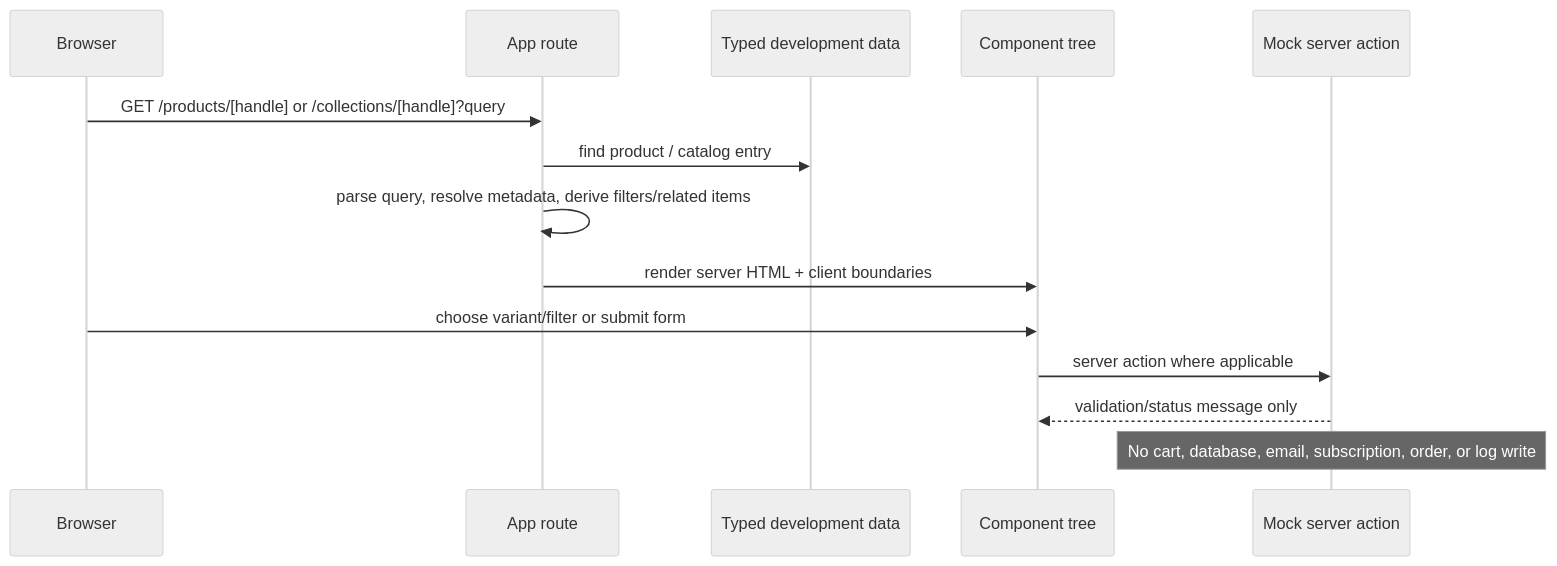
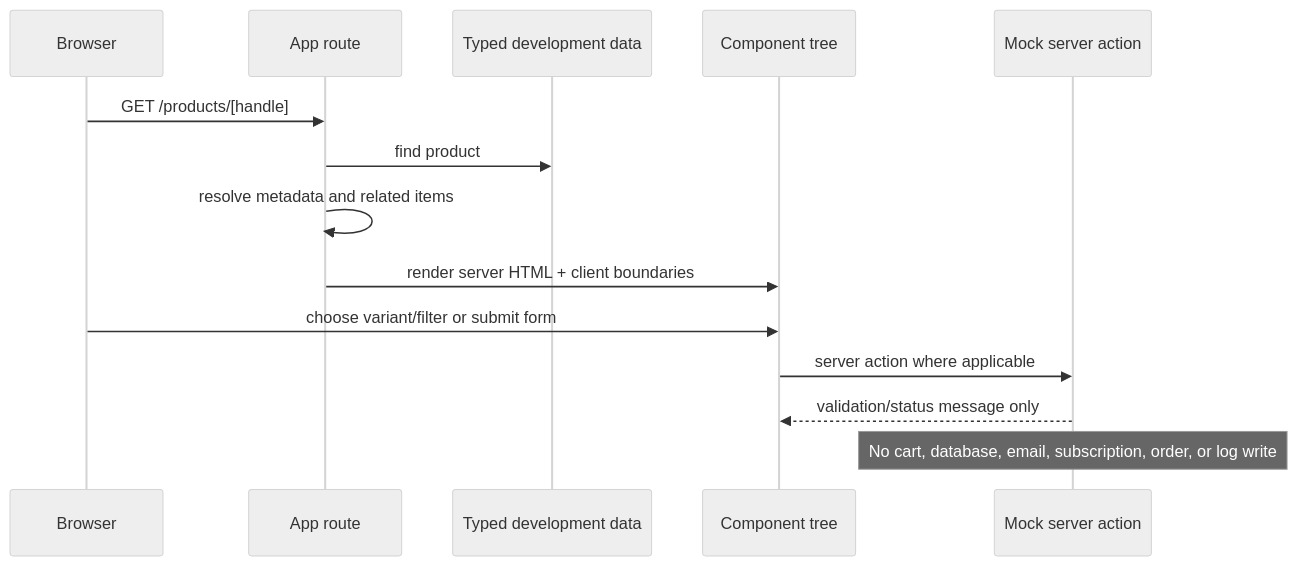
The third of 3 diagrams in PROJECT_CONTEXT.md (basiljoy91/Ra---Ra), drawn with Mermaid (neutral theme) before and after one commit. The commit also changed other lines of this file and 73 other files, not shown here.

````diff
--- a/PROJECT_CONTEXT.md
+++ b/PROJECT_CONTEXT.md
@@ -150,17 +150,17 @@
 ```mermaid
 sequenceDiagram
   participant B as Browser
   participant Page as App route
   participant Data as Typed development data
   participant UI as Component tree
   participant Action as Mock server action
 
-  B->>Page: GET /products/[handle] or /collections/[handle]?query
-  Page->>Data: find product / catalog entry
-  Page->>Page: parse query, resolve metadata, derive filters/related items
+  B->>Page: GET /products/[handle]
+  Page->>Data: find product
+  Page->>Page: resolve metadata and related items
   Page->>UI: render server HTML + client boundaries
   B->>UI: choose variant/filter or submit form
   UI->>Action: server action where applicable
   Action-->>UI: validation/status message only
   Note over Action: No cart, database, email, subscription, order, or log write
 ```
````
